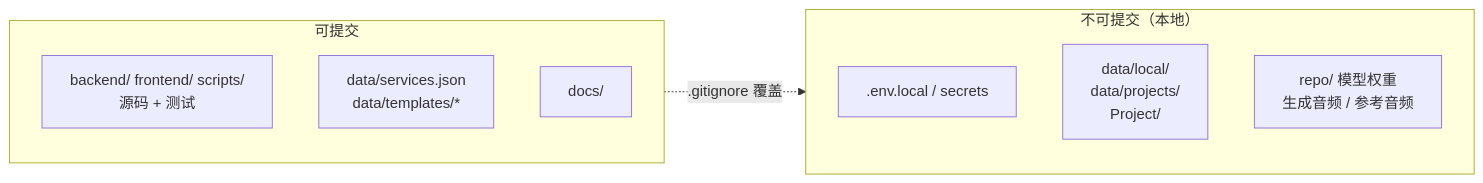
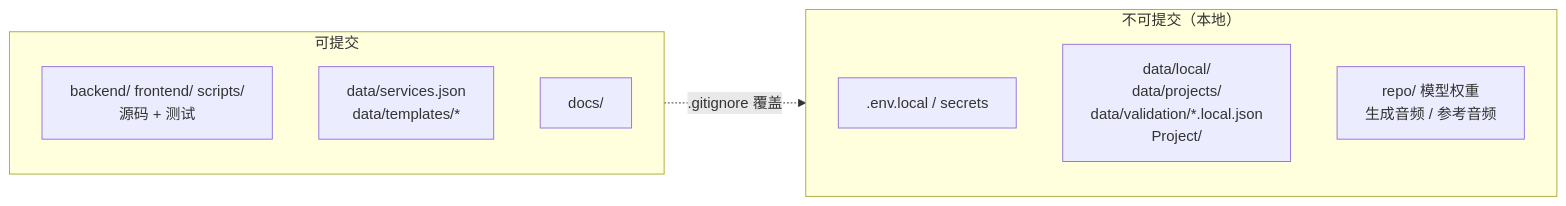
Before and after one commit to XucroYuri/TTS_more: the first of 2 diagrams in docs/release-governance.md, drawn with Mermaid. The commit also changed other lines of this file and 49 other files, not shown here.

````diff
--- a/docs/release-governance.md
+++ b/docs/release-governance.md
@@ -7,14 +7,14 @@
 ```mermaid
 flowchart LR
     subgraph Commit["可提交"]
         Src["backend/ frontend/ scripts/<br/>源码 + 测试"]
         Tpl["data/services.json<br/>data/templates/*"]
         Docs["docs/"]
     end
     subgraph Local["不可提交（本地）"]
         Env[".env.local / secrets"]
-        Runtime["data/local/<br/>data/projects/<br/>Project/"]
+        Runtime["data/local/<br/>data/projects/<br/>data/validation/*.local.json<br/>Project/"]
         Assets["repo/ 模型权重<br/>生成音频 / 参考音频"]
     end
     Commit -.->|.gitignore 覆盖| Local
 ```
````
